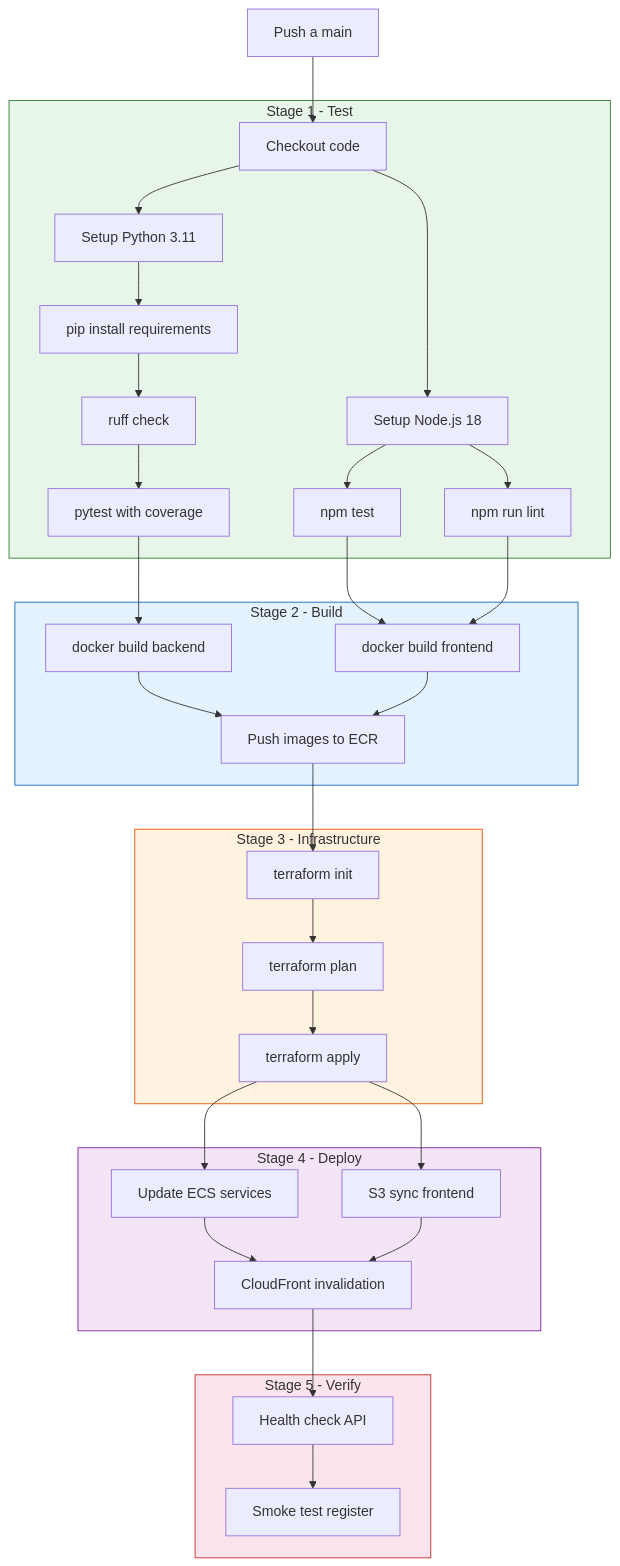
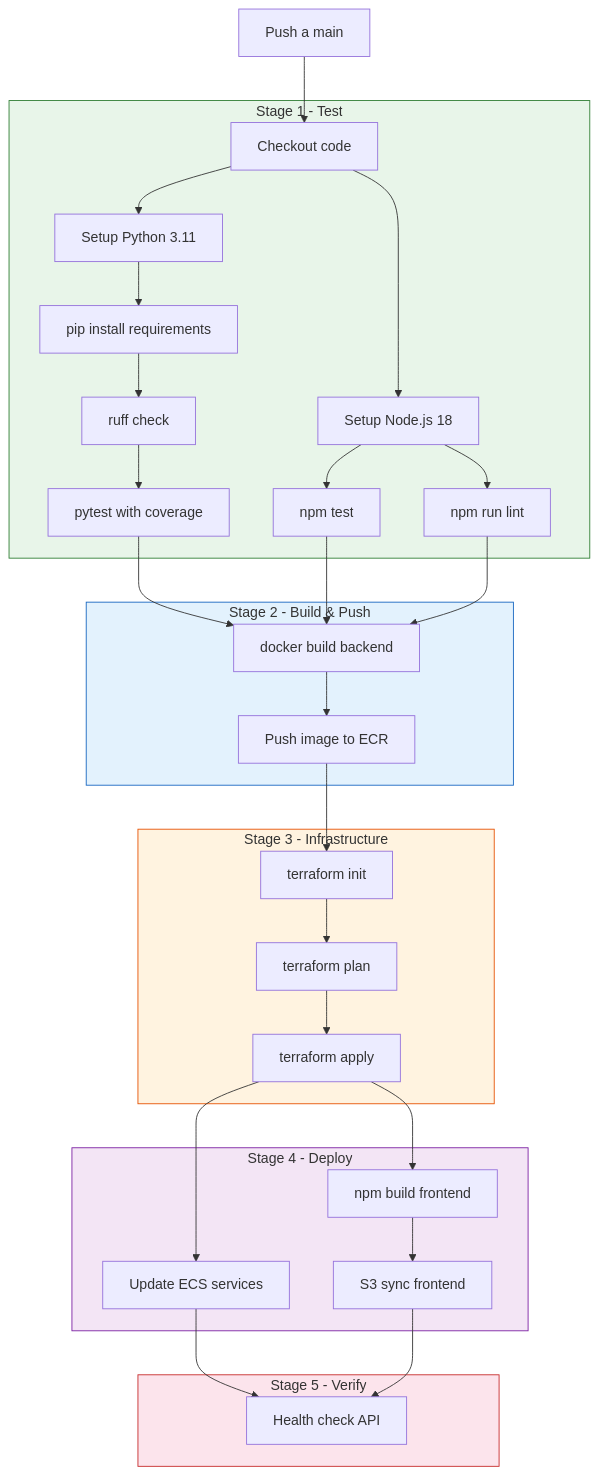
Before and after one commit to Joangeldelarosa/joangel-prosperas-challenge: diagram 11 of 11 in TECHNICAL_DOCS.md, drawn with Mermaid. The commit also changed other lines of this file, not shown here.

````diff
--- a/TECHNICAL_DOCS.md
+++ b/TECHNICAL_DOCS.md
@@ -604,64 +613,60 @@
 ```mermaid
 graph TD
     Trigger["Push a main"]
 
     subgraph Test["Stage 1 - Test"]
         Checkout["Checkout code"]
         SetupPy["Setup Python 3.11"]
         InstallDeps["pip install requirements"]
         Lint["ruff check"]
         PyTest["pytest with coverage"]
         SetupNode["Setup Node.js 18"]
         NPMTest["npm test"]
         NPMLint["npm run lint"]
     end
 
-    subgraph Build["Stage 2 - Build"]
+    subgraph Build["Stage 2 - Build & Push"]
         DockerBE["docker build backend"]
-        DockerFE["docker build frontend"]
-        PushECR["Push images to ECR"]
+        PushECR["Push image to ECR"]
     end
 
     subgraph Infra["Stage 3 - Infrastructure"]
         TFInit["terraform init"]
         TFPlan["terraform plan"]
         TFApply["terraform apply"]
     end
 
     subgraph Deploy["Stage 4 - Deploy"]
         UpdateECS["Update ECS services"]
+        BuildFE["npm build frontend"]
         DeployFE["S3 sync frontend"]
-        InvalidateCF["CloudFront invalidation"]
     end
 
     subgraph Verify["Stage 5 - Verify"]
         HealthCheck["Health check API"]
-        SmokeTest["Smoke test register"]
     end
 
     Trigger --> Checkout
     Checkout --> SetupPy
     Checkout --> SetupNode
     SetupPy --> InstallDeps --> Lint --> PyTest
     SetupNode --> NPMTest
     SetupNode --> NPMLint
     PyTest --> DockerBE
-    NPMTest --> DockerFE
-    NPMLint --> DockerFE
+    NPMTest --> DockerBE
+    NPMLint --> DockerBE
     DockerBE --> PushECR
-    DockerFE --> PushECR
     PushECR --> TFInit
     TFInit --> TFPlan --> TFApply
     TFApply --> UpdateECS
-    TFApply --> DeployFE
-    UpdateECS --> InvalidateCF
-    DeployFE --> InvalidateCF
-    InvalidateCF --> HealthCheck
-    HealthCheck --> SmokeTest
+    TFApply --> BuildFE
+    BuildFE --> DeployFE
+    UpdateECS --> HealthCheck
+    DeployFE --> HealthCheck
 
     style Test fill:#e8f5e9,stroke:#2e7d32
     style Build fill:#e3f2fd,stroke:#1565c0
     style Infra fill:#fff3e0,stroke:#e65100
     style Deploy fill:#f3e5f5,stroke:#7b1fa2
     style Verify fill:#fce4ec,stroke:#c62828
 ```
````
